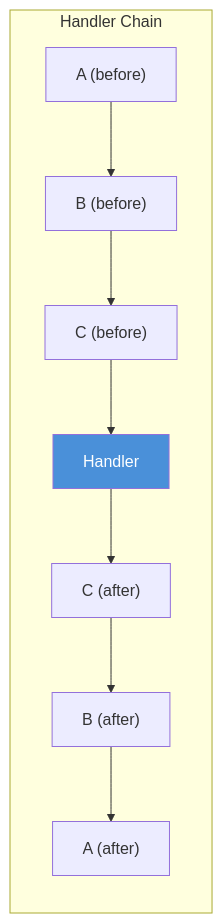
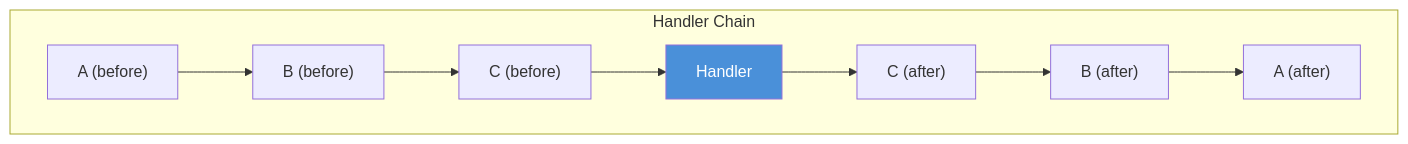
The first of 2 diagrams in manuscript/chapters/ch07-middleware.md (Jedt3D/PureSimple), drawn with Mermaid before and after one commit. The commit also changed 30 other files, not shown here.

````diff
--- a/manuscript/chapters/ch07-middleware.md
+++ b/manuscript/chapters/ch07-middleware.md
@@ -48,12 +48,12 @@
 ```mermaid
-graph LR
+graph
     subgraph "Handler Chain"
         A_in["A (before)"] --> B_in["B (before)"]
         B_in --> C_in["C (before)"]
         C_in --> H["Handler"]
         H --> C_out["C (after)"]
         C_out --> B_out["B (after)"]
         B_out --> A_out["A (after)"]
     end
     style H fill:#4A90D9,color:#fff
 ```
````
